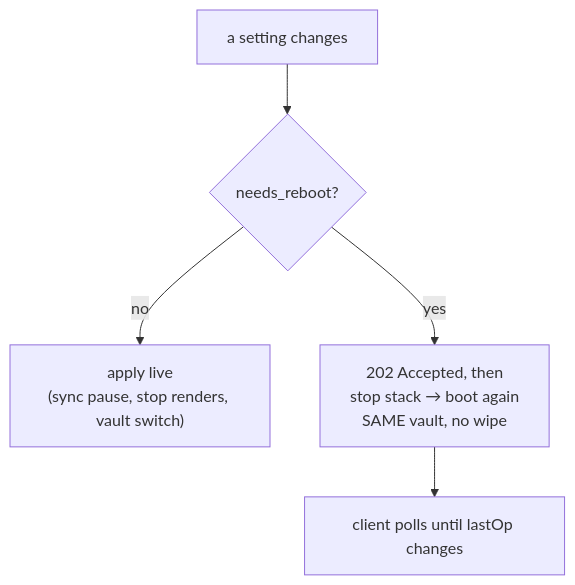
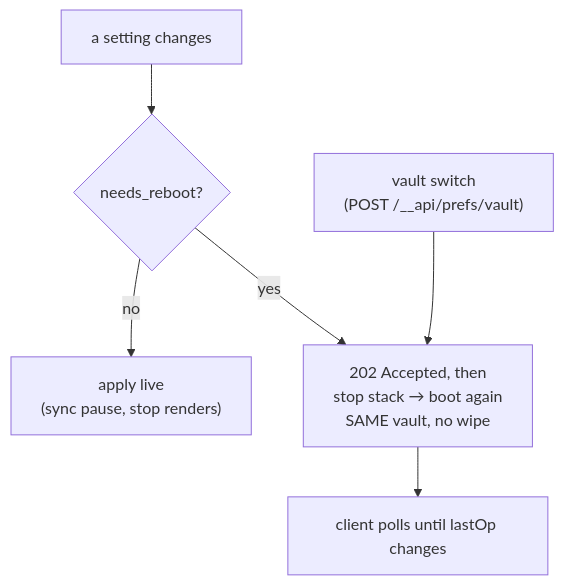
One commit to AlbyIanna/penpot-desktop changed the diagram in docs/milestones/d4/README.md. Above: the diagram before and after it, drawn with Mermaid. The commit also changed other lines of this file and 4 other files, not shown here.

````diff
--- a/docs/milestones/d4/README.md
+++ b/docs/milestones/d4/README.md
@@ -38,7 +38,8 @@
 ```mermaid
 flowchart TD
     S["a setting changes"] --> Q{"needs_reboot?"}
-    Q -->|no| L["apply live<br/>(sync pause, stop renders, vault switch)"]
+    Q -->|no| L["apply live<br/>(sync pause, stop renders)"]
     Q -->|yes| A["202 Accepted, then<br/>stop stack → boot again<br/>SAME vault, no wipe"]
     A --> P["client polls until lastOp changes"]
+    V["vault switch<br/>(POST /__api/prefs/vault)"] --> A
 ```
````
